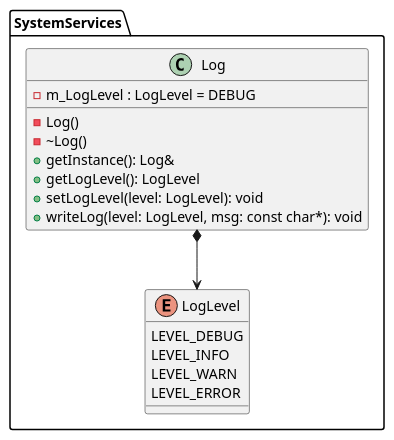
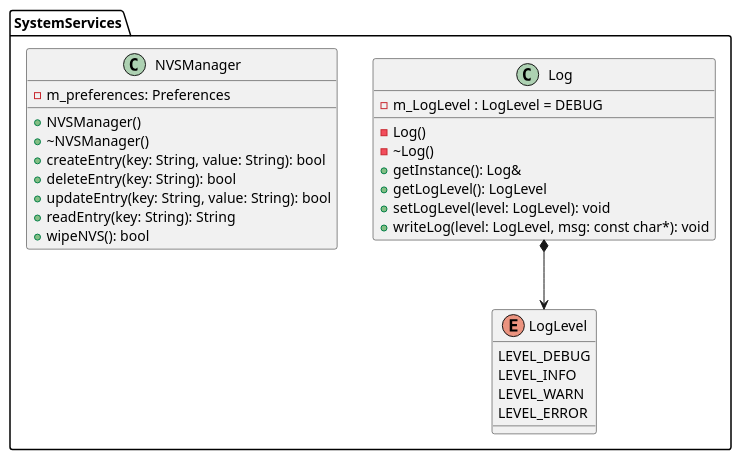
Before and after one commit to NewTec-GmbH/ZumoComSystem: the diagram in doc/design/server/05_SystemServices.plantuml, drawn with PlantUML. The commit also changed 6 other files, not shown here.

```diff
--- a/doc/design/server/05_SystemServices.plantuml
+++ b/doc/design/server/05_SystemServices.plantuml
@@ -1,24 +1,37 @@
 @startuml
 package SystemServices {
     enum LogLevel
     {
         LEVEL_DEBUG
         LEVEL_INFO
         LEVEL_WARN
         LEVEL_ERROR
     }
 
     class Log
     {
         - m_LogLevel : LogLevel = DEBUG
 
         - Log()
         - ~Log()
         + getInstance(): Log&
         + getLogLevel(): LogLevel
         + setLogLevel(level: LogLevel): void
         + writeLog(level: LogLevel, msg: const char*): void
     }
     Log *--> LogLevel
+
+    class NVSManager
+    {
+        - m_preferences: Preferences
+
+        + NVSManager()
+        + ~NVSManager()
+        + createEntry(key: String, value: String): bool
+        + deleteEntry(key: String): bool
+        + updateEntry(key: String, value: String): bool
+        + readEntry(key: String): String
+        + wipeNVS(): bool
+    }
 }
 @enduml
```
